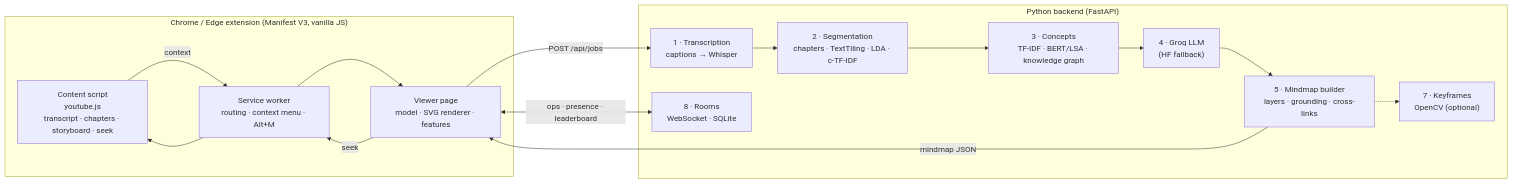
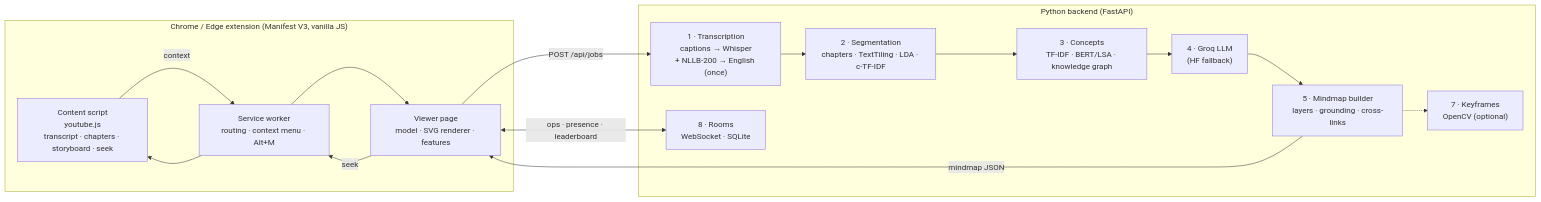
One commit to diyabhattacharjee-git/youtube-extension changed the diagram in README.md. Above: the diagram before and after it, drawn with Mermaid. The commit also changed other lines of this file and 59 other files, not shown here.

````diff
--- a/README.md
+++ b/README.md
@@ -33,22 +37,22 @@
 ```mermaid
 flowchart LR
   subgraph Browser["Chrome / Edge extension (Manifest V3, vanilla JS)"]
     CS["Content script<br/>youtube.js<br/>transcript · chapters · storyboard · seek"]
     SW["Service worker<br/>routing · context menu · Alt+M"]
     V["Viewer page<br/>model · SVG renderer · features"]
   end
   subgraph Backend["Python backend (FastAPI)"]
-    T["1 · Transcription<br/>captions → Whisper"]
+    T["1 · Transcription<br/>captions → Whisper<br/>+ NLLB-200 → English (once)"]
     S["2 · Segmentation<br/>chapters · TextTiling · LDA · c-TF-IDF"]
     C["3 · Concepts<br/>TF-IDF · BERT/LSA · knowledge graph"]
     L["4 · Groq LLM<br/>(HF fallback)"]
     B["5 · Mindmap builder<br/>layers · grounding · cross-links"]
     M["7 · Keyframes<br/>OpenCV (optional)"]
     R["8 · Rooms<br/>WebSocket · SQLite"]
   end
   CS -->|context| SW --> V
   V -->|POST /api/jobs| T --> S --> C --> L --> B -->|mindmap JSON| V
   B -.-> M
   V <-->|ops · presence · leaderboard| R
   V -->|seek| SW --> CS
 ```
````
